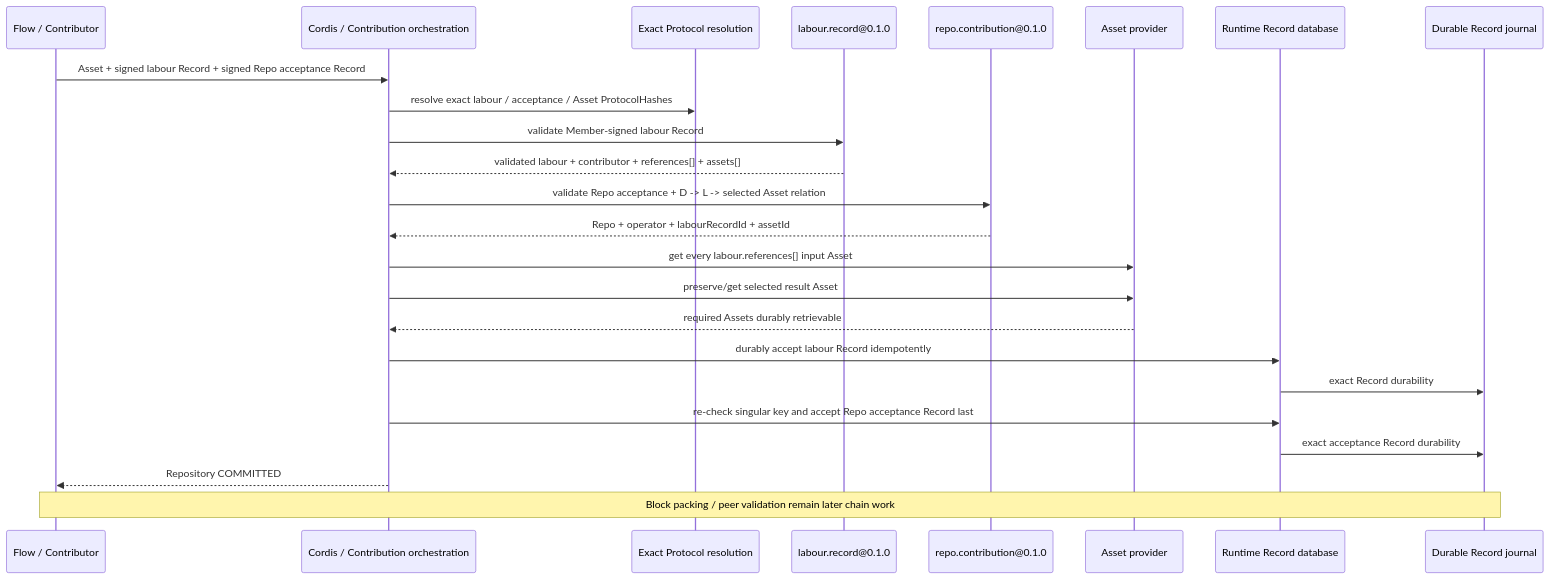
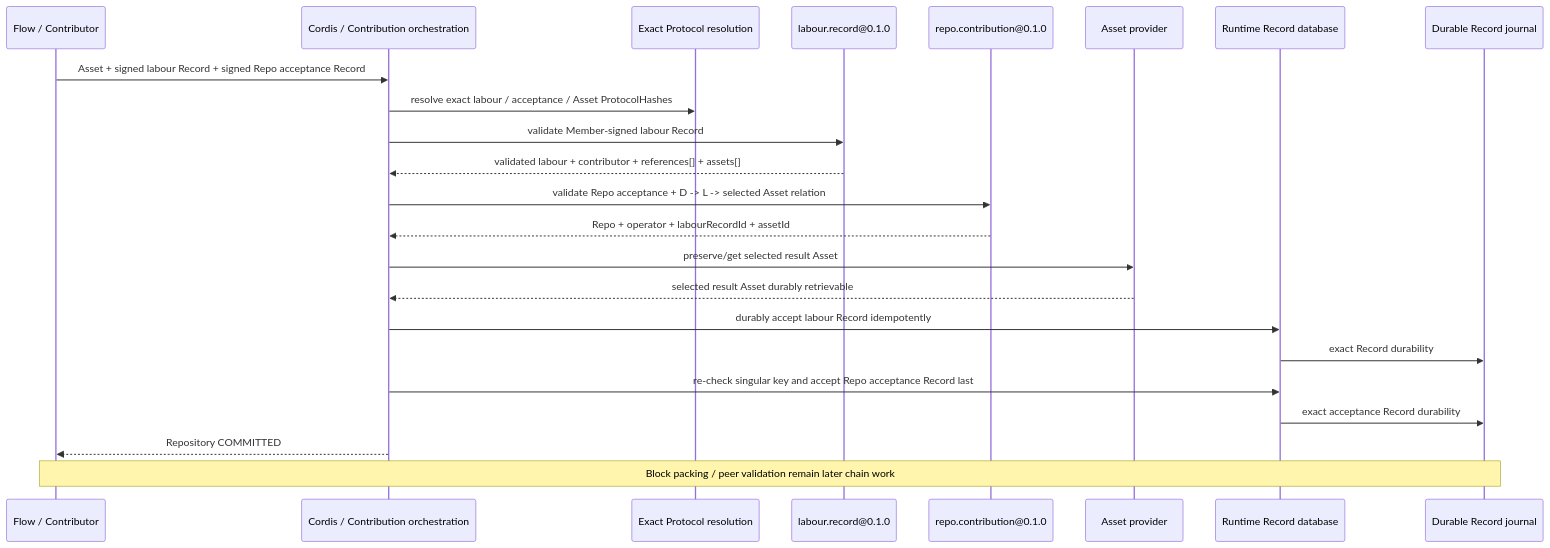
Before and after one commit to labourchain/repository: the fourth of 5 diagrams in docs/architecture.md, drawn with Mermaid. The commit also changed other lines of this file, not shown here.

````diff
--- a/docs/architecture.md
+++ b/docs/architecture.md
@@ -407,28 +407,27 @@
 ```mermaid
 sequenceDiagram
     participant Consumer as Flow / Contributor
     participant Cordis as Cordis / Contribution orchestration
     participant Resolve as Exact Protocol resolution
     participant Labour as labour.record@0.1.0
     participant Accept as repo.contribution@0.1.0
     participant Assets as Asset provider
     participant RuntimeDB as Runtime Record database
     participant Journal as Durable Record journal
 
     Consumer->>Cordis: Asset + signed labour Record + signed Repo acceptance Record
     Cordis->>Resolve: resolve exact labour / acceptance / Asset ProtocolHashes
     Cordis->>Labour: validate Member-signed labour Record
     Labour-->>Cordis: validated labour + contributor + references[] + assets[]
     Cordis->>Accept: validate Repo acceptance + D -> L -> selected Asset relation
     Accept-->>Cordis: Repo + operator + labourRecordId + assetId
-    Cordis->>Assets: get every labour.references[] input Asset
     Cordis->>Assets: preserve/get selected result Asset
-    Assets-->>Cordis: required Assets durably retrievable
+    Assets-->>Cordis: selected result Asset durably retrievable
     Cordis->>RuntimeDB: durably accept labour Record idempotently
     RuntimeDB->>Journal: exact Record durability
     Cordis->>RuntimeDB: re-check singular key and accept Repo acceptance Record last
     RuntimeDB->>Journal: exact acceptance Record durability
     Cordis-->>Consumer: Repository COMMITTED
 
     Note over Journal,Consumer: Block packing / peer validation remain later chain work
 ```
````
